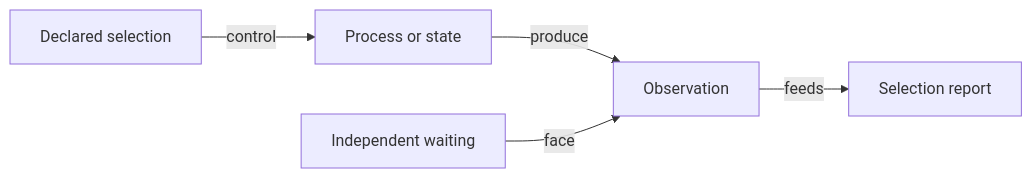
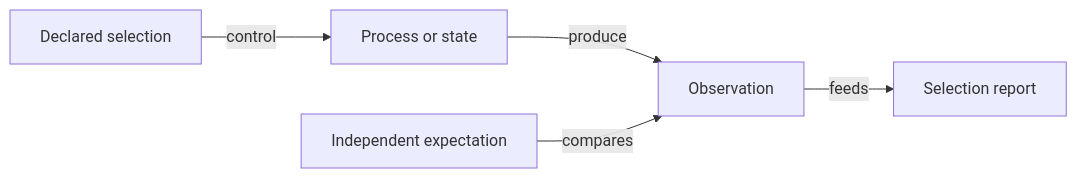
Before and after one commit to crististefanita/atf_j4: the diagram in atf-test-android/src/test/README.md, drawn with Mermaid. The commit also changed other lines of this file and 126 other files, not shown here.

````diff
--- a/atf-test-android/src/test/README.md
+++ b/atf-test-android/src/test/README.md
@@ -21,7 +21,7 @@
 ```mermaid
 flowchart LR
     SELECT[Declared selection] -->|control| INPUT[Process or state]
     INPUT -->|produce| OBS[Observation]
-    EXPECT[Independent waiting] -->|face| OBS
+    EXPECT[Independent expectation] -->|compares| OBS
     OBS -->|feeds| REPORT[Selection report]
 ```
````
